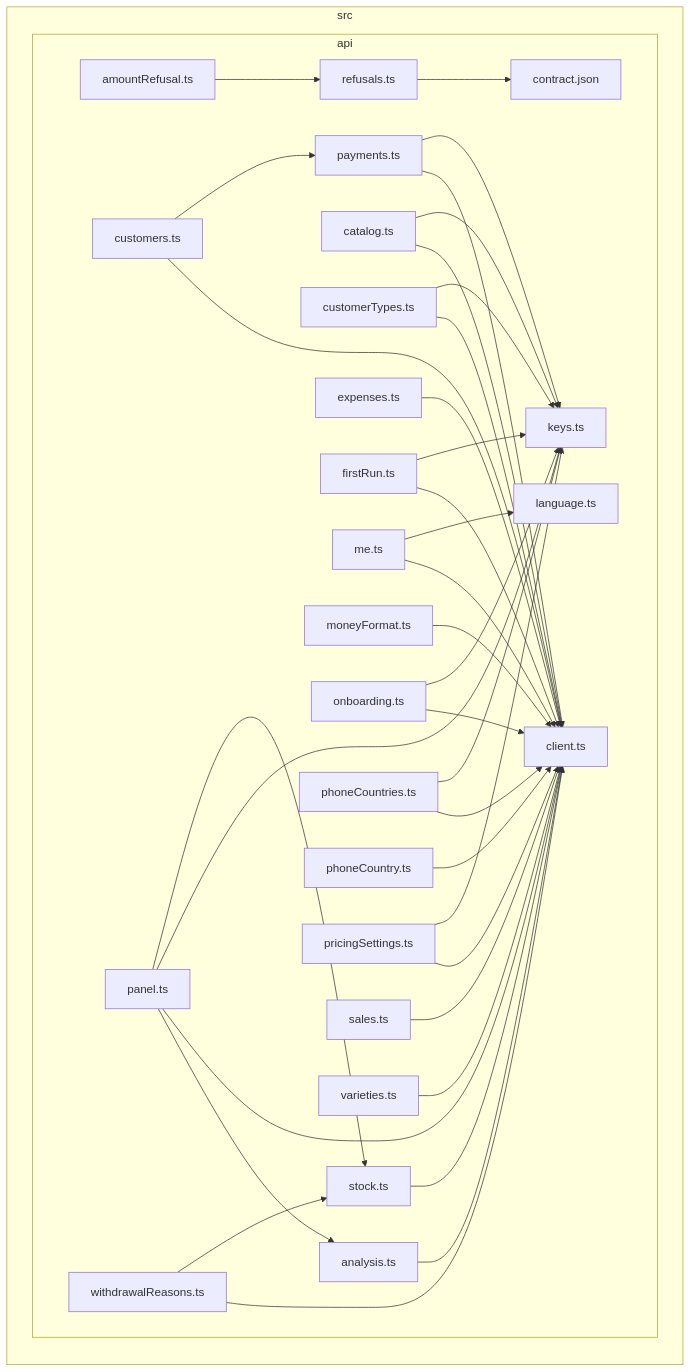
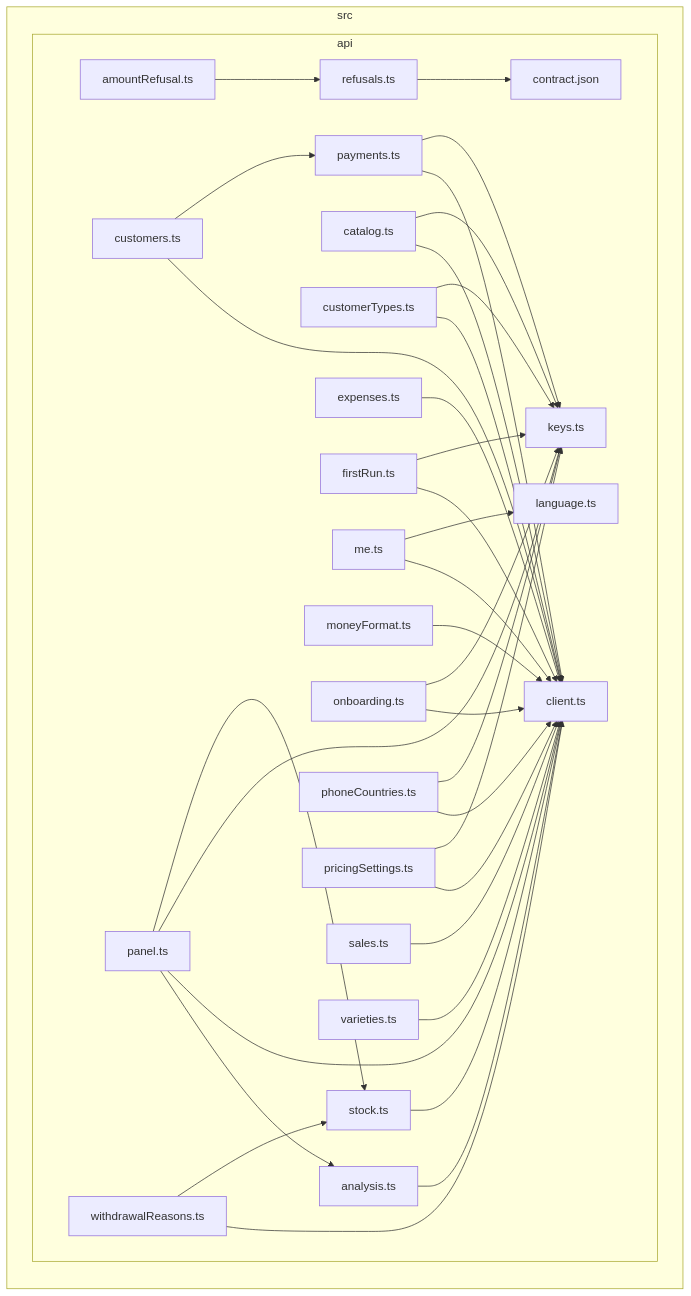
Before and after one commit to GonzaloZevallos/apostrophe: the diagram in docs/architecture/generated/front-modules/api.md, drawn with Mermaid. The commit also changed 22 other files, not shown here.

Commit message:
Remove the Business-wide Phone country: the route, the GET /business fields and the Settings control, since the form now chooses the country per number

````diff
--- a/docs/architecture/generated/front-modules/api.md
+++ b/docs/architecture/generated/front-modules/api.md
@@ -7,64 +7,62 @@
 ```mermaid
 flowchart LR
 subgraph src["src"]
   subgraph src_api["api"]
     src_api_amountRefusal_ts["amountRefusal.ts"]
     src_api_analysis_ts["analysis.ts"]
     src_api_catalog_ts["catalog.ts"]
     src_api_client_ts["client.ts"]
     src_api_contract_json["contract.json"]
     src_api_customerTypes_ts["customerTypes.ts"]
     src_api_customers_ts["customers.ts"]
     src_api_expenses_ts["expenses.ts"]
     src_api_firstRun_ts["firstRun.ts"]
     src_api_keys_ts["keys.ts"]
     src_api_language_ts["language.ts"]
     src_api_me_ts["me.ts"]
     src_api_moneyFormat_ts["moneyFormat.ts"]
     src_api_onboarding_ts["onboarding.ts"]
     src_api_panel_ts["panel.ts"]
     src_api_payments_ts["payments.ts"]
     src_api_phoneCountries_ts["phoneCountries.ts"]
-    src_api_phoneCountry_ts["phoneCountry.ts"]
     src_api_pricingSettings_ts["pricingSettings.ts"]
     src_api_refusals_ts["refusals.ts"]
     src_api_sales_ts["sales.ts"]
     src_api_stock_ts["stock.ts"]
     src_api_varieties_ts["varieties.ts"]
     src_api_withdrawalReasons_ts["withdrawalReasons.ts"]
   end
 end
 src_api_amountRefusal_ts-->src_api_refusals_ts
 src_api_analysis_ts-->src_api_client_ts
 src_api_catalog_ts-->src_api_client_ts
 src_api_catalog_ts-->src_api_keys_ts
 src_api_customerTypes_ts-->src_api_client_ts
 src_api_customerTypes_ts-->src_api_keys_ts
 src_api_customers_ts-->src_api_client_ts
 src_api_customers_ts-->src_api_payments_ts
 src_api_expenses_ts-->src_api_client_ts
 src_api_firstRun_ts-->src_api_client_ts
 src_api_firstRun_ts-->src_api_keys_ts
 src_api_me_ts-->src_api_client_ts
 src_api_me_ts-->src_api_language_ts
 src_api_moneyFormat_ts-->src_api_client_ts
 src_api_onboarding_ts-->src_api_client_ts
 src_api_onboarding_ts-->src_api_keys_ts
 src_api_panel_ts-->src_api_analysis_ts
 src_api_panel_ts-->src_api_client_ts
 src_api_panel_ts-->src_api_keys_ts
 src_api_panel_ts-->src_api_stock_ts
 src_api_payments_ts-->src_api_client_ts
 src_api_payments_ts-->src_api_keys_ts
 src_api_phoneCountries_ts-->src_api_client_ts
 src_api_phoneCountries_ts-->src_api_keys_ts
-src_api_phoneCountry_ts-->src_api_client_ts
 src_api_pricingSettings_ts-->src_api_client_ts
 src_api_pricingSettings_ts-->src_api_keys_ts
 src_api_refusals_ts-->src_api_contract_json
 src_api_sales_ts-->src_api_client_ts
 src_api_stock_ts-->src_api_client_ts
 src_api_varieties_ts-->src_api_client_ts
 src_api_withdrawalReasons_ts-->src_api_client_ts
 src_api_withdrawalReasons_ts-->src_api_stock_ts
 ```
````
